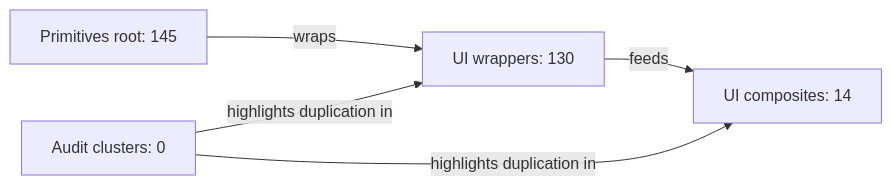
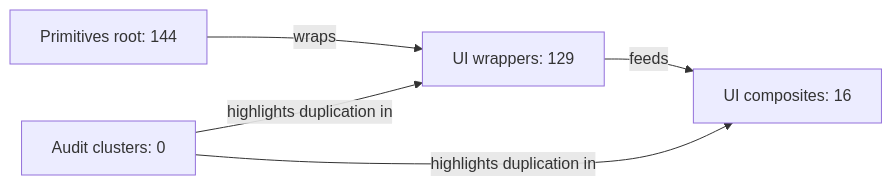
Before and after one commit to rob-balfre/dryui: the first of 2 diagrams in reports/architecture-audit.md, drawn with Mermaid. The commit also changed other lines of this file and 17 other files, not shown here.

````diff
--- a/reports/architecture-audit.md
+++ b/reports/architecture-audit.md
@@ -18,11 +18,11 @@
 ```mermaid
 flowchart LR
-  p_root["Primitives root: 145"]
-  u_wrap["UI wrappers: 130"]
-  u_comp["UI composites: 14"]
+  p_root["Primitives root: 144"]
+  u_wrap["UI wrappers: 129"]
+  u_comp["UI composites: 16"]
   audit["Audit clusters: 0"]
   p_root -->|wraps| u_wrap
   u_wrap -->|feeds| u_comp
   audit -->|highlights duplication in| u_comp
   audit -->|highlights duplication in| u_wrap
 ```
````
